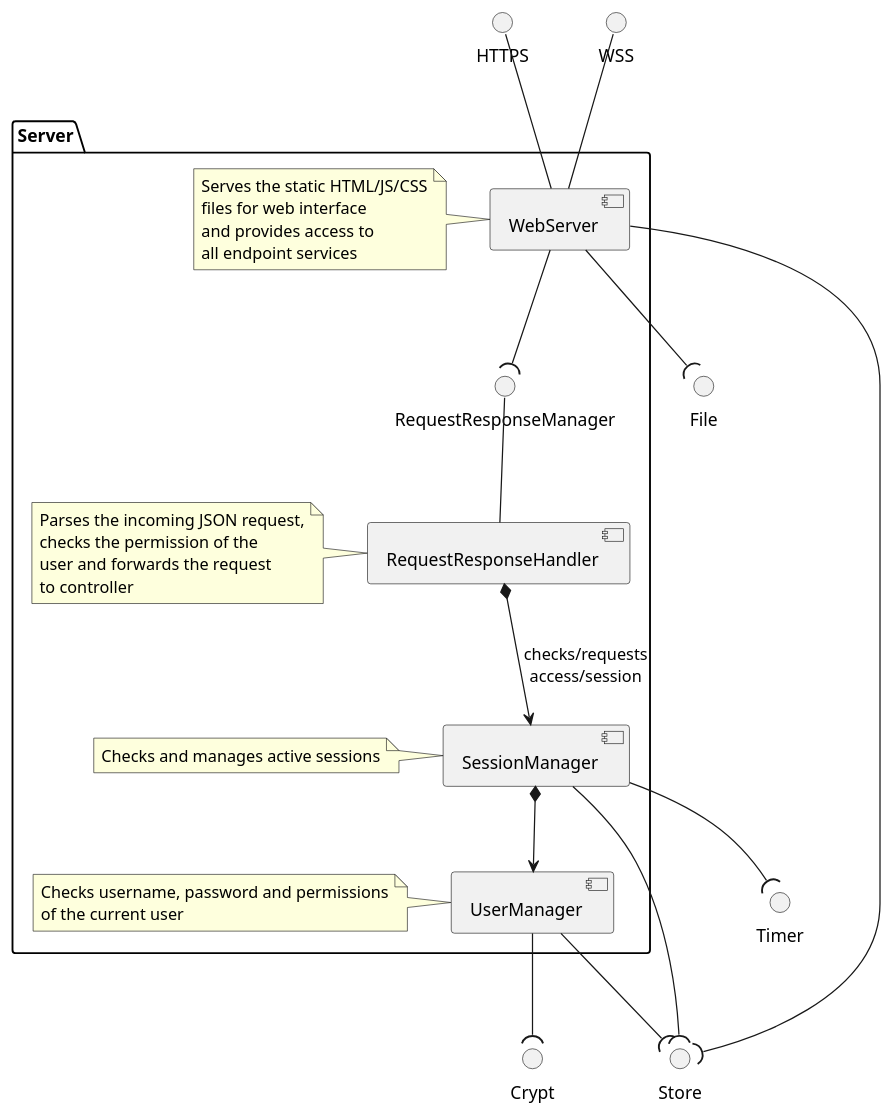
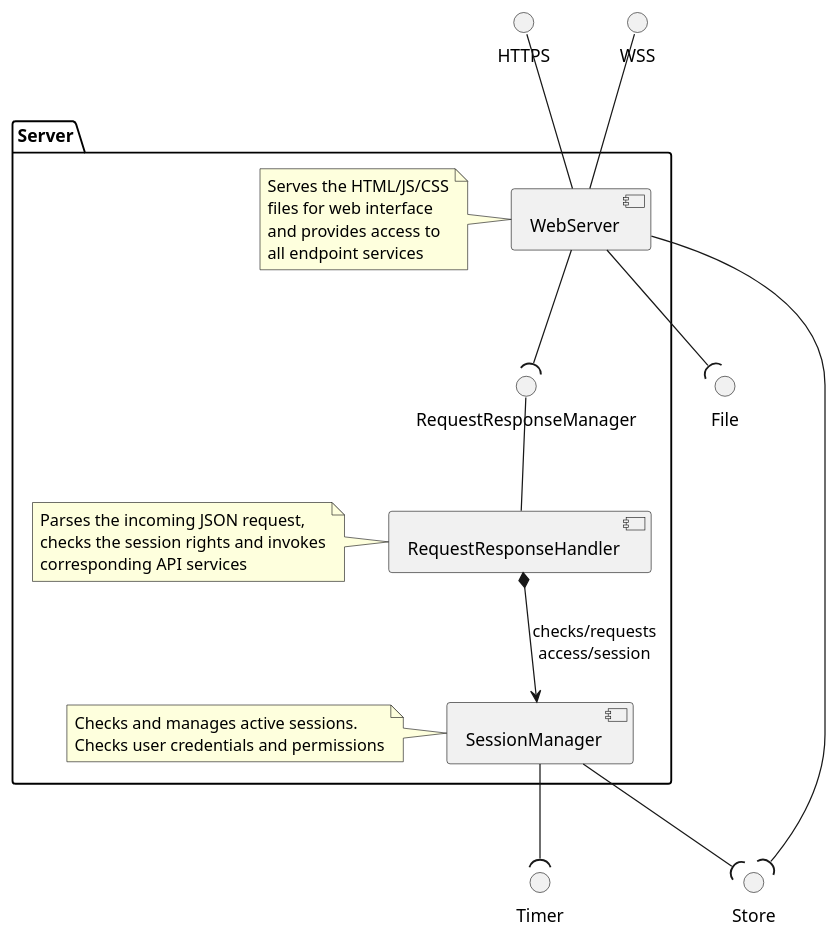
One commit to NewTec-GmbH/ZumoComSystem changed the diagram in doc/architecture/server/04_Server.plantuml. Above: the diagram before and after it, drawn with PlantUML. The commit also changed 14 other files, not shown here.

```diff
--- a/doc/architecture/server/04_Server.plantuml
+++ b/doc/architecture/server/04_Server.plantuml
@@ -1,42 +1,35 @@
 @startuml
 interface "WSS" as WSS
 interface "HTTPS" as HTTPS
 
 interface "File" as File
-interface "Crypt" as Crypt
 interface "Store" as Store
 interface "Timer" as Timer
 
 package Server {
     component "WebServer" as webserver
 
-    note left of webserver : Serves the static HTML/JS/CSS\nfiles for web interface\nand provides access to\nall endpoint services
+    note left of webserver : Serves the HTML/JS/CSS\nfiles for web interface\nand provides access to\nall endpoint services
 
     webserver -up- WSS
     webserver -up- HTTPS
 
     webserver -down-(File
     webserver -down-(Store
 
     component "SessionManager" as sessionsmgmt
-    component "UserManager" as usermgmt
     component "RequestResponseHandler" as requesthandler
 
-    note left of sessionsmgmt : Checks and manages active sessions
-    note left of requesthandler : Parses the incoming JSON request,\nchecks the permission of the\nuser and forwards the request\nto controller
-    note left of usermgmt : Checks username, password and permissions\nof the current user
+    note left of sessionsmgmt : Checks and manages active sessions.\nChecks user credentials and permissions
+    note left of requesthandler : Parses the incoming JSON request,\nchecks the session rights and invokes\ncorresponding API services
 
     interface "RequestResponseManager" as Request
     requesthandler -up- Request
 
     requesthandler *--> sessionsmgmt : checks/requests\naccess/session
 
-    sessionsmgmt *--> usermgmt
-
     webserver -down-(Request
     sessionsmgmt -down-(Store
     sessionsmgmt -down-(Timer
-    usermgmt -down-(Store
-    usermgmt -down-(Crypt
 }
 @enduml
```
